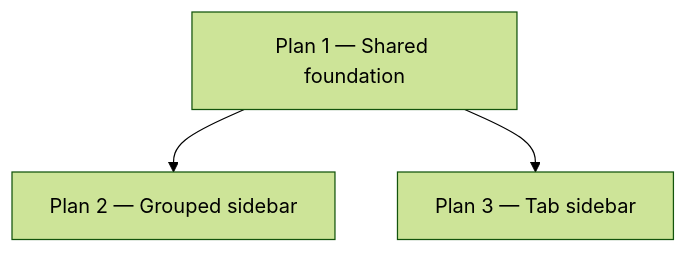
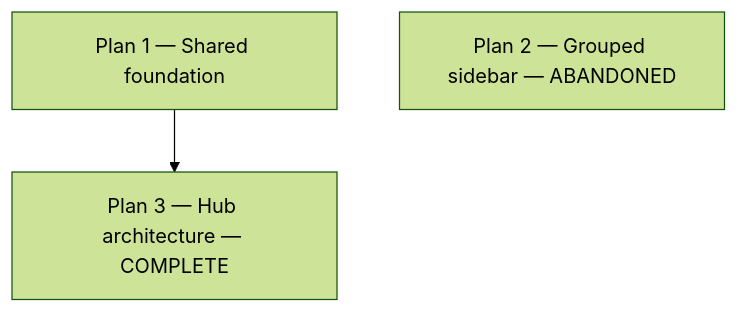
Before and after one commit to anesBro123/bhcom-ba: the first of 2 diagrams in .cursor/plans/user_portal_ux_refactor_b7df92f3.plan.md, drawn with Mermaid (forest theme). The commit also changed other lines of this file and 92 other files, not shown here.

````diff
--- a/.cursor/plans/user_portal_ux_refactor_b7df92f3.plan.md
+++ b/.cursor/plans/user_portal_ux_refactor_b7df92f3.plan.md
@@ -30,8 +30,7 @@
 ```mermaid
 flowchart TB
   P1[Plan 1 — Shared foundation]
-  P2[Plan 2 — Grouped sidebar]
-  P3[Plan 3 — Tab sidebar]
-  P1 --> P2
+  P2[Plan 2 — Grouped sidebar — ABANDONED]
+  P3[Plan 3 — Hub architecture — COMPLETE]
   P1 --> P3
 ```
````
